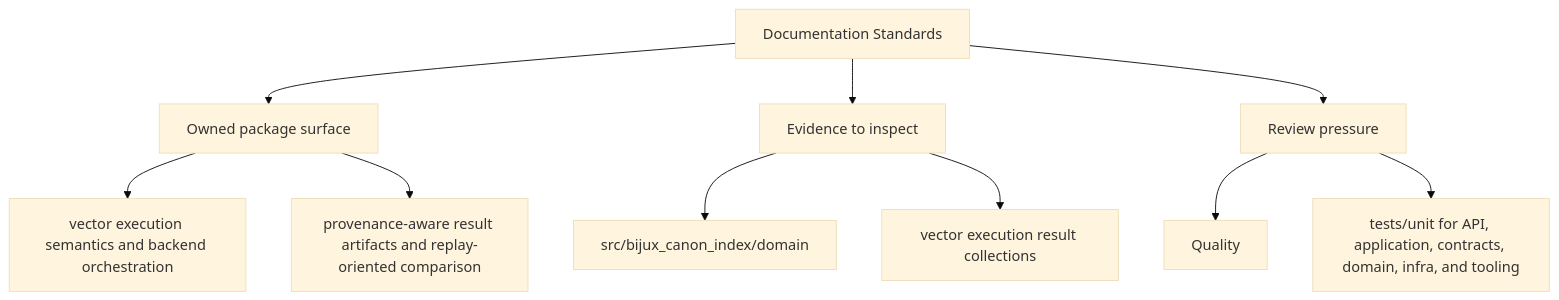
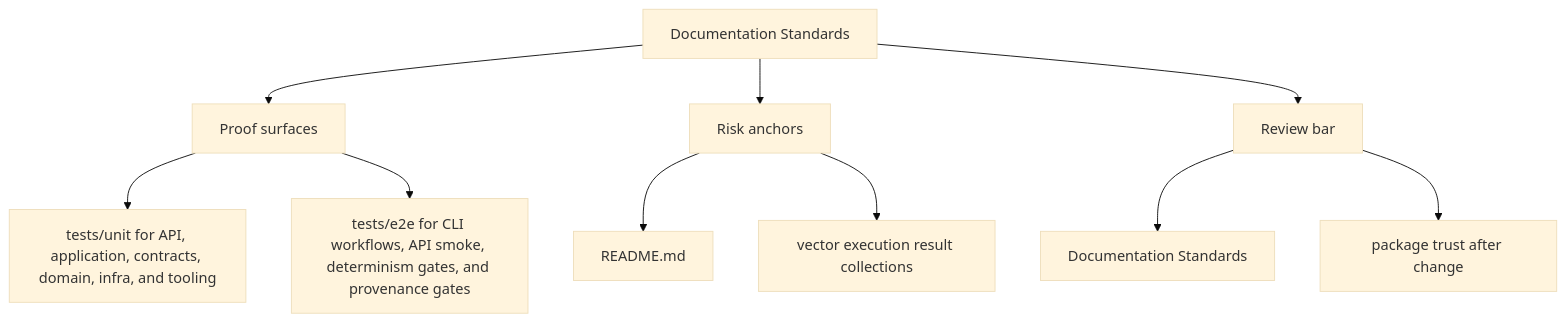
Before and after one commit to bijux/bijux-canon: the second of 2 diagrams in docs/bijux-canon-index/quality/documentation-standards.md, drawn with Mermaid (base theme). The commit also changed other lines of this file and 250 other files, not shown here.

Commit message:
docs(diagrams): make product page maps more readable

````diff
--- a/docs/bijux-canon-index/quality/documentation-standards.md
+++ b/docs/bijux-canon-index/quality/documentation-standards.md
@@ -34,22 +34,22 @@
 ```mermaid
 flowchart TD
     page["Documentation Standards"]
-    focus1["Owned package surface"]
+    focus1["Proof surfaces"]
     page --> focus1
-    focus1_1["vector execution semantics and backend orchestration"]
+    focus1_1["tests/unit for API, application, contracts, domain, infra, and tooling"]
     focus1 --> focus1_1
-    focus1_2["provenance-aware result artifacts and replay-oriented comparison"]
+    focus1_2["tests/e2e for CLI workflows, API smoke, determinism gates, and provenance gates"]
     focus1 --> focus1_2
-    focus2["Evidence to inspect"]
+    focus2["Risk anchors"]
     page --> focus2
-    focus2_1["src/bijux_canon_index/domain"]
+    focus2_1["README.md"]
     focus2 --> focus2_1
     focus2_2["vector execution result collections"]
     focus2 --> focus2_2
-    focus3["Review pressure"]
+    focus3["Review bar"]
     page --> focus3
-    focus3_1["Quality"]
+    focus3_1["Documentation Standards"]
     focus3 --> focus3_1
-    focus3_2["tests/unit for API, application, contracts, domain, infra, and tooling"]
+    focus3_2["package trust after change"]
     focus3 --> focus3_2
 ```
````
